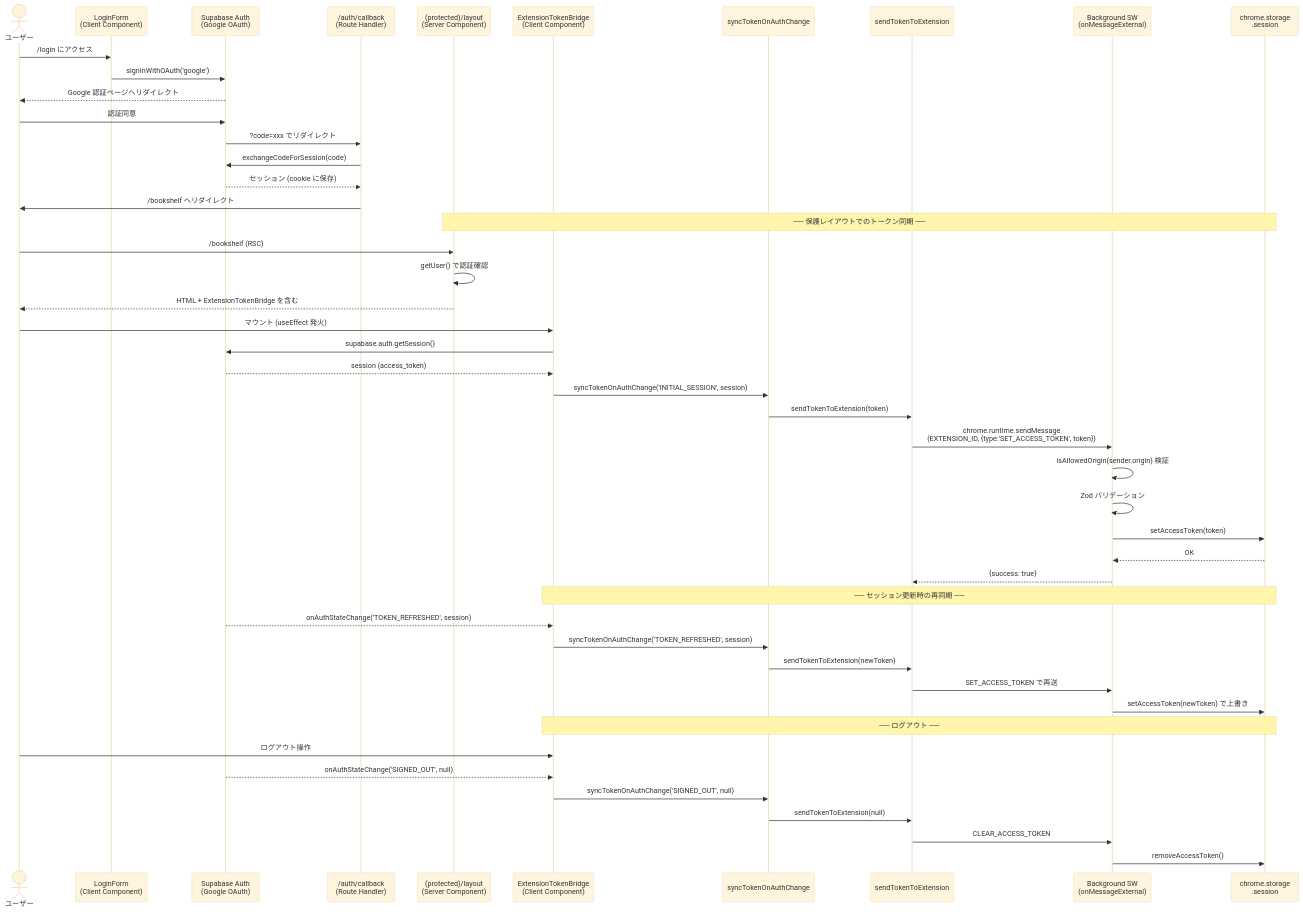
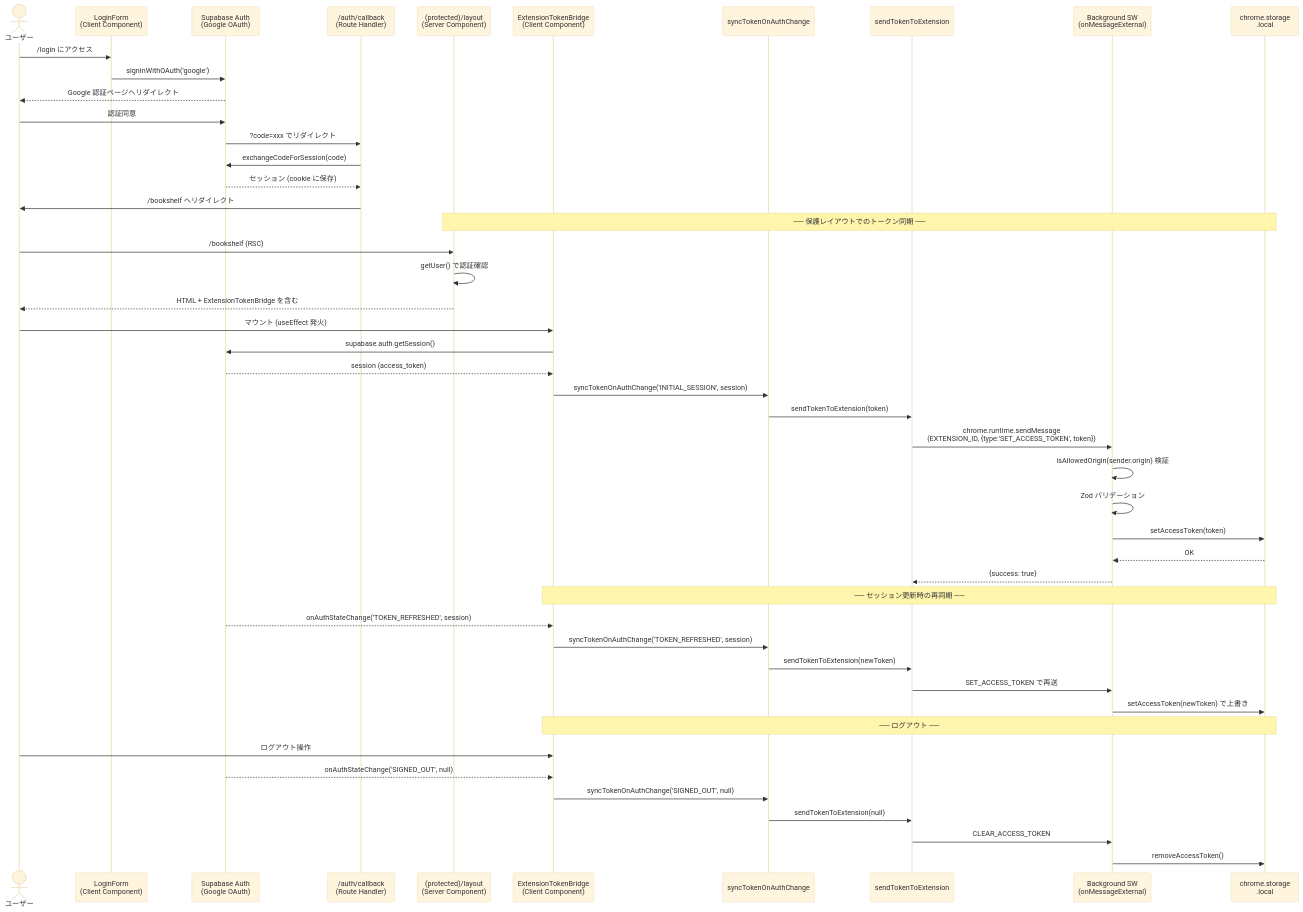
The first of 4 diagrams in docs/specs/sequence_diagrams.md (Shrimprin/bookshub), drawn with Mermaid (base theme) before and after one commit. The commit also changed other lines of this file and 2 other files, not shown here.

First line of the commit message:
docs: storage local 移行と Kindle 累積セッションを反映 (Phase 5)

````diff
--- a/docs/specs/sequence_diagrams.md
+++ b/docs/specs/sequence_diagrams.md
@@ -24,56 +24,56 @@
 ```mermaid
 sequenceDiagram
     actor User as ユーザー
     participant Login as LoginForm<br/>(Client Component)
     participant Auth as Supabase Auth<br/>(Google OAuth)
     participant Callback as /auth/callback<br/>(Route Handler)
     participant Layout as (protected)/layout<br/>(Server Component)
     participant Bridge as ExtensionTokenBridge<br/>(Client Component)
     participant Sync as syncTokenOnAuthChange
     participant Sender as sendTokenToExtension
     participant BG as Background SW<br/>(onMessageExternal)
-    participant Storage as chrome.storage<br/>.session
+    participant Storage as chrome.storage<br/>.local
 
     User->>Login: /login にアクセス
     Login->>Auth: signInWithOAuth('google')
     Auth-->>User: Google 認証ページへリダイレクト
     User->>Auth: 認証同意
     Auth->>Callback: ?code=xxx でリダイレクト
     Callback->>Auth: exchangeCodeForSession(code)
     Auth-->>Callback: セッション (cookie に保存)
     Callback->>User: /bookshelf へリダイレクト
 
     Note over Layout,Storage: ── 保護レイアウトでのトークン同期 ──
 
     User->>Layout: /bookshelf (RSC)
     Layout->>Layout: getUser() で認証確認
     Layout-->>User: HTML + ExtensionTokenBridge を含む
     User->>Bridge: マウント (useEffect 発火)
     Bridge->>Auth: supabase.auth.getSession()
     Auth-->>Bridge: session (access_token)
     Bridge->>Sync: syncTokenOnAuthChange('INITIAL_SESSION', session)
     Sync->>Sender: sendTokenToExtension(token)
     Sender->>BG: chrome.runtime.sendMessage<br/>(EXTENSION_ID, {type:'SET_ACCESS_TOKEN', token})
     BG->>BG: isAllowedOrigin(sender.origin) 検証
     BG->>BG: Zod バリデーション
     BG->>Storage: setAccessToken(token)
     Storage-->>BG: OK
     BG-->>Sender: {success: true}
 
     Note over Bridge,Storage: ── セッション更新時の再同期 ──
 
     Auth-->>Bridge: onAuthStateChange('TOKEN_REFRESHED', session)
     Bridge->>Sync: syncTokenOnAuthChange('TOKEN_REFRESHED', session)
     Sync->>Sender: sendTokenToExtension(newToken)
     Sender->>BG: SET_ACCESS_TOKEN で再送
     BG->>Storage: setAccessToken(newToken) で上書き
 
     Note over Bridge,Storage: ── ログアウト ──
 
     User->>Bridge: ログアウト操作
     Auth-->>Bridge: onAuthStateChange('SIGNED_OUT', null)
     Bridge->>Sync: syncTokenOnAuthChange('SIGNED_OUT', null)
     Sync->>Sender: sendTokenToExtension(null)
     Sender->>BG: CLEAR_ACCESS_TOKEN
     BG->>Storage: removeAccessToken()
 ```
````
